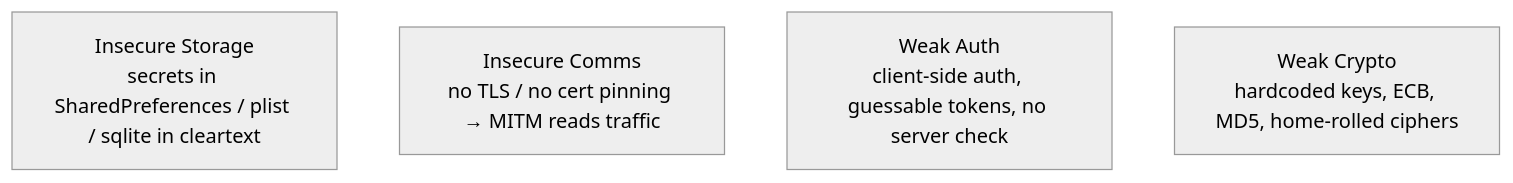
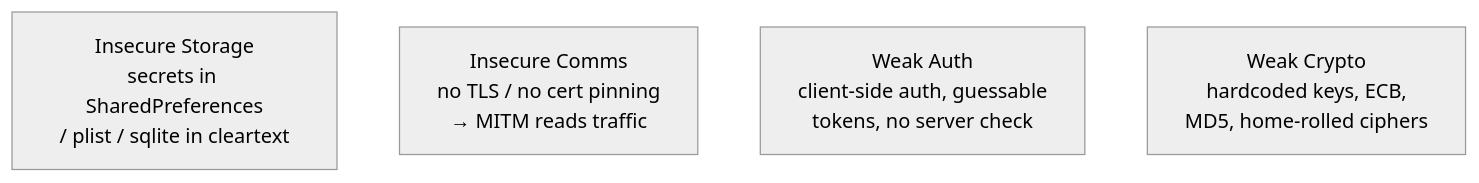
The diagram in certs/ceh/modules/17-hacking-mobile-platforms/README.md (morandeirachema/CyberCerts), drawn with Mermaid (neutral theme) before and after one commit. The commit also changed other lines of this file and 106 other files, not shown here.

````diff
--- a/certs/ceh/modules/17-hacking-mobile-platforms/README.md
+++ b/certs/ceh/modules/17-hacking-mobile-platforms/README.md
@@ -60,7 +60,7 @@
 ```mermaid
 flowchart TB
-    S["Insecure Storage<br/>secrets in SharedPreferences / plist / sqlite in cleartext"]
-    K["Insecure Comms<br/>no TLS / no cert pinning → MITM reads traffic"]
-    A["Weak Auth<br/>client-side auth, guessable tokens, no server check"]
-    Y["Weak Crypto<br/>hardcoded keys, ECB, MD5, home-rolled ciphers"]
+    S["Insecure Storage<br/>secrets in SharedPreferences<br/>/ plist / sqlite in cleartext"]
+    K["Insecure Comms<br/>no TLS / no cert pinning<br/>→ MITM reads traffic"]
+    A["Weak Auth<br/>client-side auth, guessable<br/>tokens, no server check"]
+    Y["Weak Crypto<br/>hardcoded keys, ECB,<br/>MD5, home-rolled ciphers"]
 ```
````
